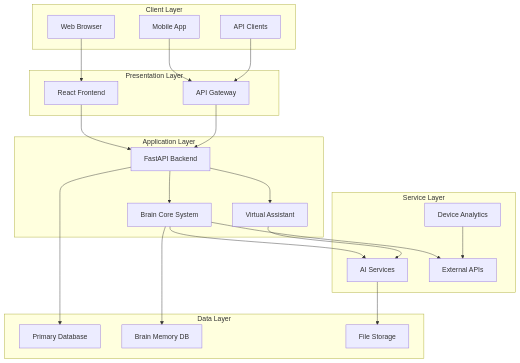
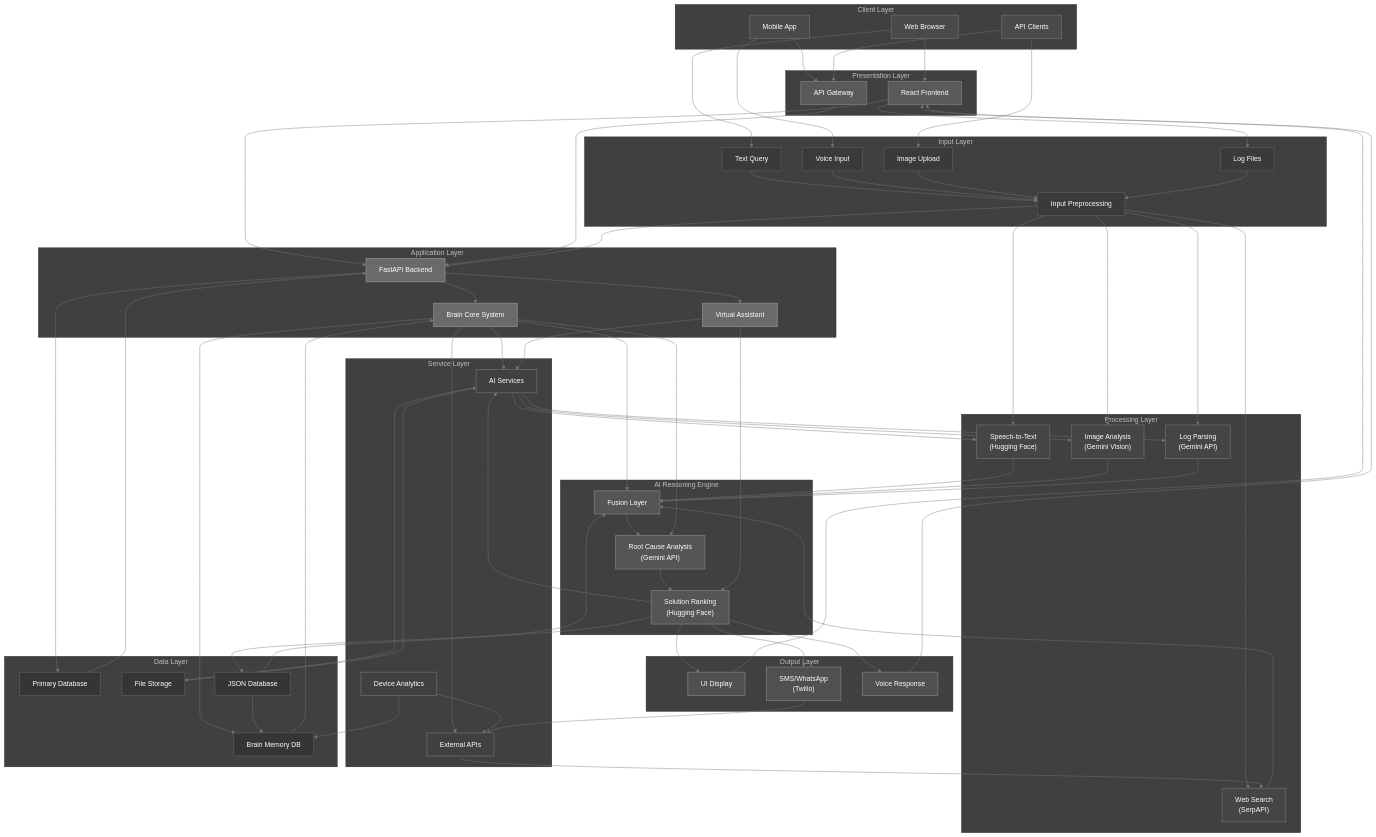
Before and after one commit to codexcherry/SmartFix-AI: the first of 4 diagrams in docs/detailed_architecture.md, drawn with Mermaid. The commit also changed other lines of this file, not shown here.

````diff
--- a/docs/detailed_architecture.md
+++ b/docs/detailed_architecture.md
@@ -9,46 +9,168 @@
 ```mermaid
-graph TB
+flowchart TD
+    %% Client Layer
     subgraph "Client Layer"
         A[Web Browser]
-        B[Mobile App]
+        B[Mobile App] 
         C[API Clients]
     end
     
+    %% Presentation Layer
     subgraph "Presentation Layer"
         D[React Frontend]
         E[API Gateway]
     end
     
+    %% Input Processing
+    subgraph "Input Layer"
+        A1["Text Query"] 
+        A2["Voice Input"] 
+        A3["Image Upload"] 
+        A4["Log Files"]
+        B1["Input Preprocessing"]
+    end
+    
+    %% Application Layer
     subgraph "Application Layer"
         F[FastAPI Backend]
         G[Brain Core System]
         H[Virtual Assistant]
     end
     
+    %% Processing Components
+    subgraph "Processing Layer"
+        C1["Speech-to-Text<br/>(Hugging Face)"]
+        C2["Image Analysis<br/>(Gemini Vision)"]
+        C3["Log Parsing<br/>(Gemini API)"]
+        C4["Web Search<br/>(SerpAPI)"]
+    end
+    
+    %% AI Reasoning Engine
+    subgraph "AI Reasoning Engine"
+        D1["Fusion Layer"]
+        E1["Root Cause Analysis<br/>(Gemini API)"]
+        F1["Solution Ranking<br/>(Hugging Face)"]
+    end
+    
+    %% Service Layer
     subgraph "Service Layer"
         I[AI Services]
         J[External APIs]
         K[Device Analytics]
     end
     
+    %% Output Components
+    subgraph "Output Layer"
+        G1["UI Display"]
+        G2["SMS/WhatsApp<br/>(Twilio)"]
+        G3["Voice Response"]
+    end
+    
+    %% Data Layer
     subgraph "Data Layer"
         L[Primary Database]
         M[Brain Memory DB]
         N[File Storage]
+        H1["JSON Database"]
     end
     
+    %% Client to Presentation connections
     A --> D
     B --> E
     C --> E
+    
+    %% Presentation to Application connections
     D --> F
     E --> F
+    
+    %% Input flow
+    A --> A1
+    B --> A2
+    C --> A3
+    D --> A4
+    A1 --> B1
+    A2 --> B1
+    A3 --> B1
+    A4 --> B1
+    
+    %% Application layer connections
     F --> G
     F --> H
+    B1 --> F
+    
+    %% Processing flow
+    B1 --> C1
+    B1 --> C2
+    B1 --> C3
+    B1 --> C4
+    
+    %% AI Reasoning flow
+    C1 --> D1
+    C2 --> D1
+    C3 --> D1
+    C4 --> D1
+    D1 --> E1
+    E1 --> F1
+    
+    %% Service layer connections
     G --> I
     G --> J
     H --> I
     K --> J
+    F1 --> I
+    I --> C1
+    I --> C2
+    I --> C3
+    J --> C4
+    
+    %% Output connections
+    F1 --> G1
+    F1 --> G2
+    F1 --> G3
+    G1 --> D
+    G2 --> J
+    G3 --> D
+    
+    %% Data layer connections
     F --> L
     G --> M
     I --> N
+    F1 --> H1
+    H1 --> D1
+    M --> G
+    L --> F
+    N --> I
+    
+    %% Brain Core integration
+    G --> E1
+    G --> D1
+    H --> F1
+    
+    %% Cross-layer data flow
+    K --> M
+    H1 --> M
+    
+    %% Styling with grey tones and black background
+    classDef clientLayer fill:#4a4a4a,stroke:#666,stroke-width:2px,color:#fff
+    classDef presentationLayer fill:#5a5a5a,stroke:#777,stroke-width:2px,color:#fff
+    classDef inputLayer fill:#3a3a3a,stroke:#555,stroke-width:2px,color:#fff
+    classDef applicationLayer fill:#6a6a6a,stroke:#888,stroke-width:2px,color:#fff
+    classDef processingLayer fill:#454545,stroke:#666,stroke-width:2px,color:#fff
+    classDef reasoningLayer fill:#555555,stroke:#777,stroke-width:2px,color:#fff
+    classDef serviceLayer fill:#404040,stroke:#666,stroke-width:2px,color:#fff
+    classDef outputLayer fill:#505050,stroke:#777,stroke-width:2px,color:#fff
+    classDef dataLayer fill:#353535,stroke:#555,stroke-width:2px,color:#fff
+    
+    %% Set black background for the entire diagram
+    %%{init: {'theme':'base', 'themeVariables': {'primaryColor': '#333', 'primaryTextColor': '#fff', 'primaryBorderColor': '#666', 'lineColor': '#777', 'background': '#000000'}}}%%
+    
+    class A,B,C clientLayer
+    class D,E presentationLayer
+    class A1,A2,A3,A4,B1 inputLayer
+    class F,G,H applicationLayer
+    class C1,C2,C3,C4 processingLayer
+    class D1,E1,F1 reasoningLayer
+    class I,J,K serviceLayer
+    class G1,G2,G3 outputLayer
+    class L,M,N,H1 dataLayer
 ```
````
